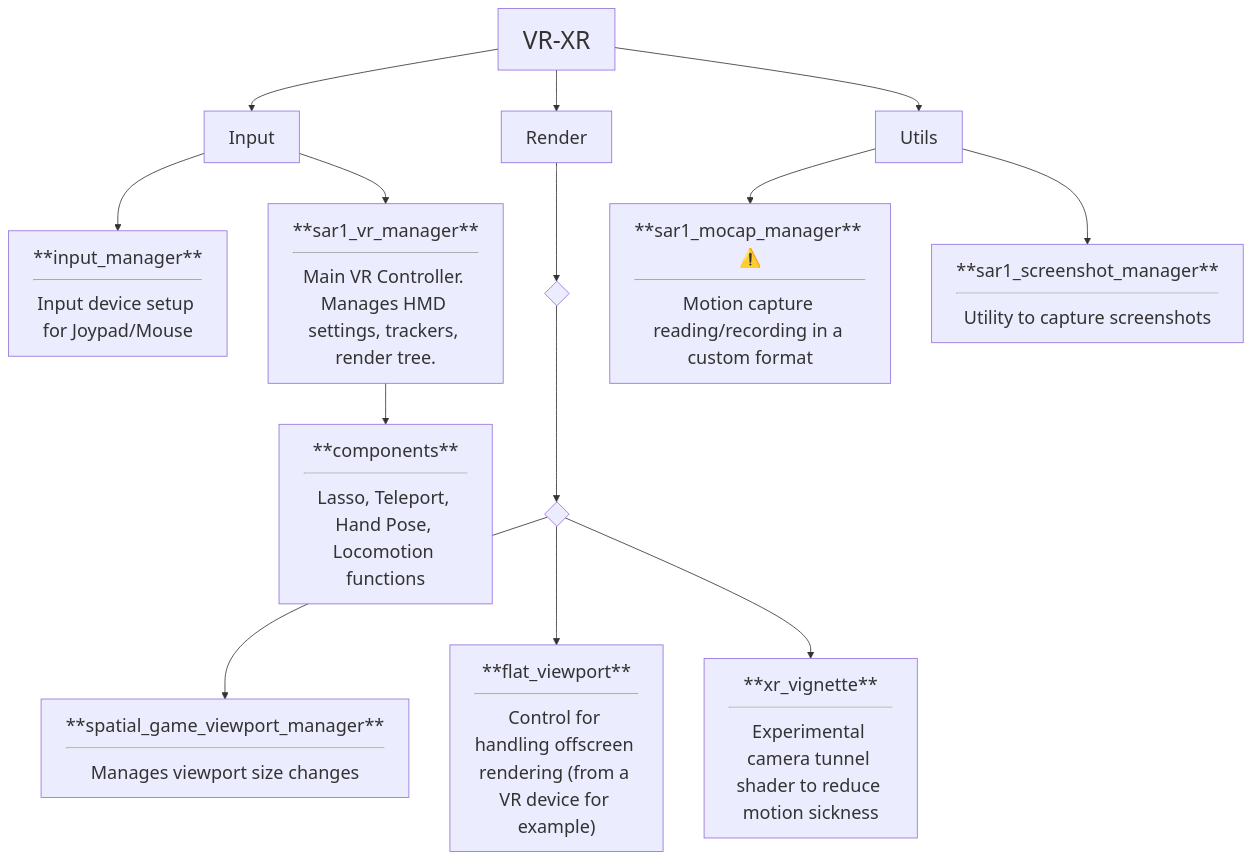
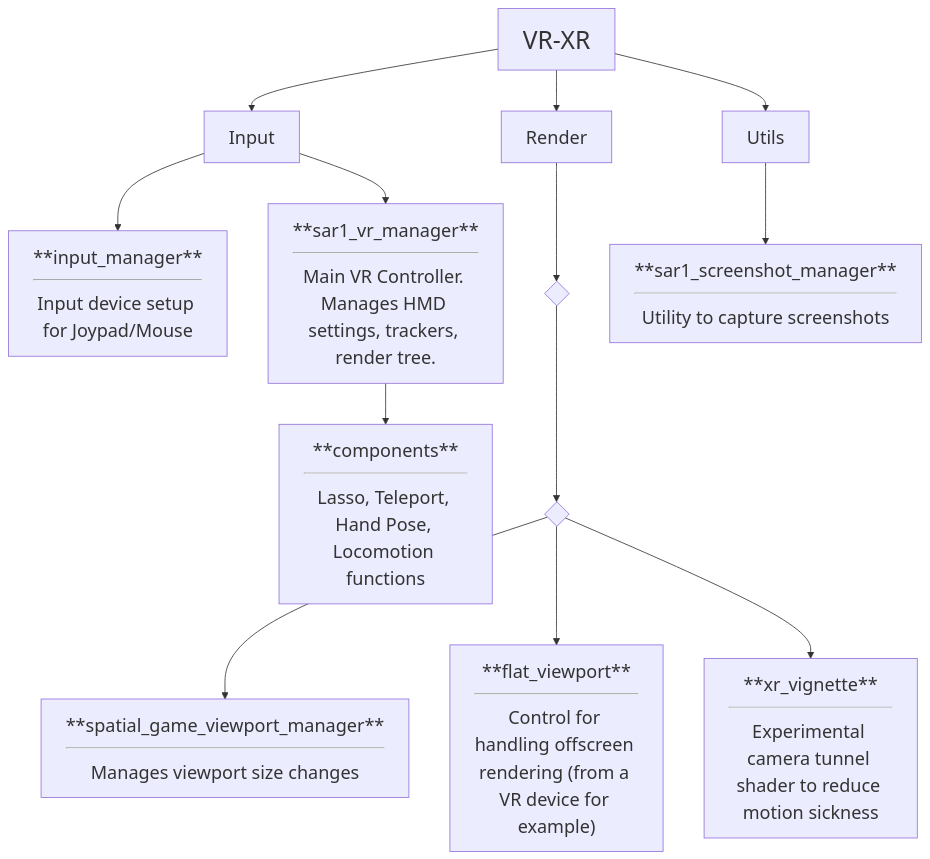
Before and after one commit to V-Sekai/v-sekai-game: the sixth of 8 diagrams in CODEBASE.md, drawn with Mermaid. The commit also changed other lines of this file and 151 other files, not shown here.

````diff
--- a/CODEBASE.md
+++ b/CODEBASE.md
@@ -85,21 +81,20 @@
 ```mermaid
 %%{init: {'themeVariables': { 'fontSize': '22px' }}}%%
 flowchart TD
         VR-XR --> Input
         Input --> addon23[**input_manager**<hr>Input device setup for Joypad/Mouse]
         Input --> addon24[**sar1_vr_manager**<hr>Main VR Controller. Manages HMD settings, trackers, render tree.]
             addon24 --> dir1[**components**<hr>Lasso, Teleport, Hand Pose, Locomotion functions]
         VR-XR --> Render
             Render --> ctrl1{" "}
             ctrl1 --> ctrl2{" "}
             ctrl2 --> addon25[**spatial_game_viewport_manager**<hr>Manages viewport size changes]
             ctrl2 --> addon26["**flat_viewport**<hr>Control for handling offscreen rendering (from a VR device for example)"]
             ctrl2 --> addon27[**xr_vignette**<hr>Experimental camera tunnel shader to reduce motion sickness]
         VR-XR --> Utils
-            Utils --> addon28[**sar1_mocap_manager** ⚠️<hr>Motion capture reading/recording in a custom format]
             Utils --> addon29[**sar1_screenshot_manager**<hr>Utility to capture screenshots]
 
     classDef Category font-size:30px
     class VR-XR Category
 
 ```
````
